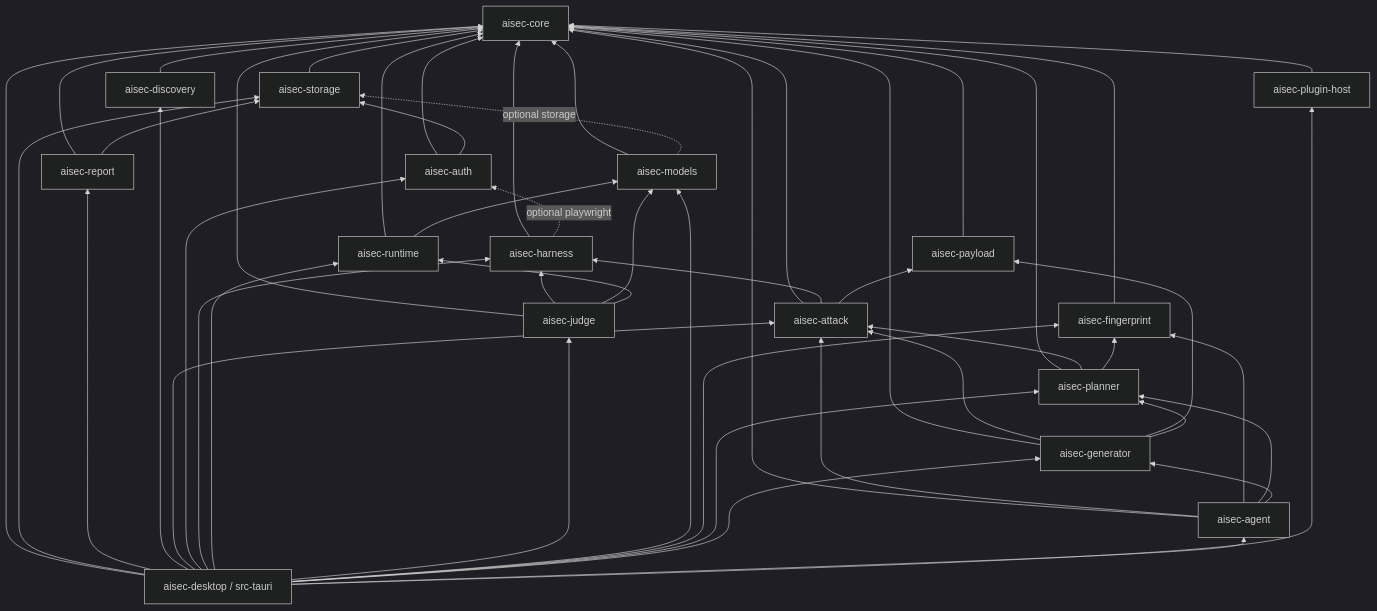
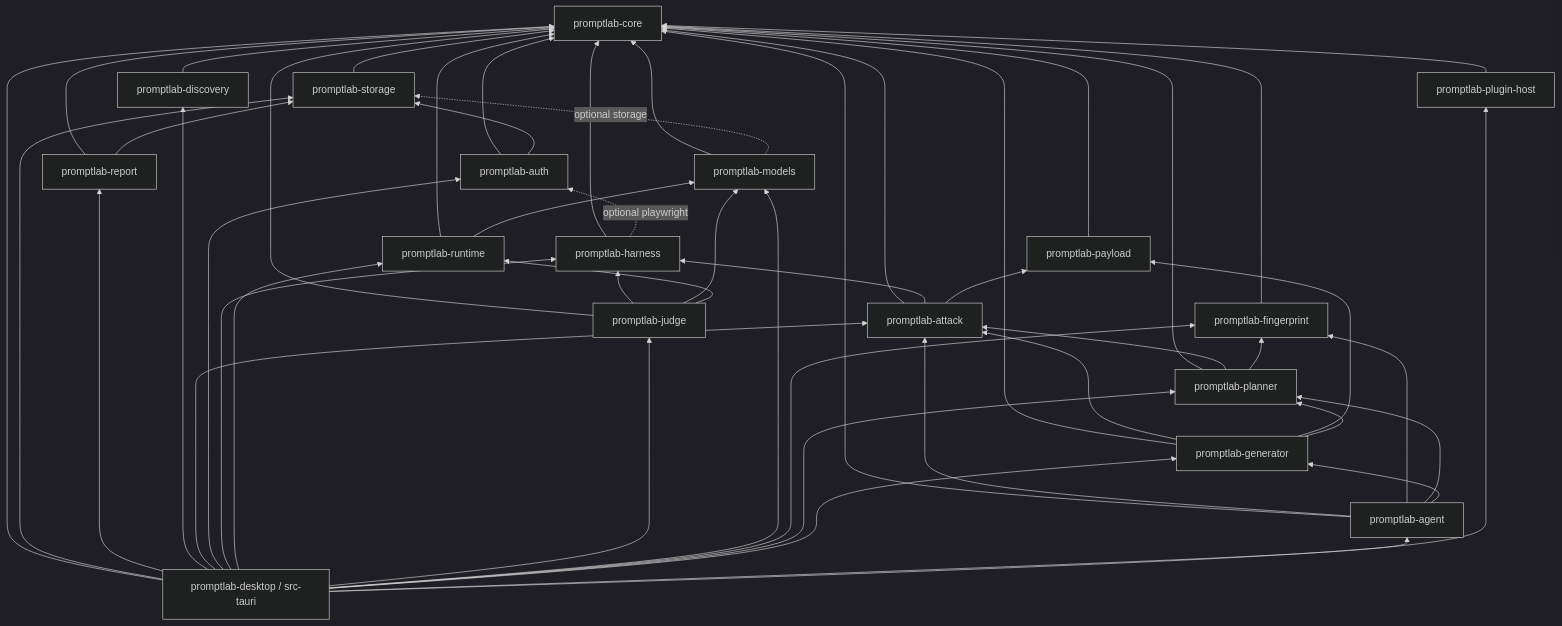
One commit to YangYang-Research/yang-promptlab changed the fourth of 4 diagrams in docs/AI_RUNTIME_ARCHITECTURE_AUDIT.md. Above: the diagram before and after it, drawn with Mermaid (dark theme). The commit also changed other lines of this file and 352 other files, not shown here.

First line of the commit message:
feat(promptlab): migrate from AISec to PromptLab framework

````diff
--- a/docs/AI_RUNTIME_ARCHITECTURE_AUDIT.md
+++ b/docs/AI_RUNTIME_ARCHITECTURE_AUDIT.md
@@ -1048,26 +1048,26 @@
 ```mermaid
 flowchart BT
-  Core[aisec-core]
+  Core[promptlab-core]
 
-  Storage[aisec-storage]
-  Payload[aisec-payload]
-  Fingerprint[aisec-fingerprint]
-  Discovery[aisec-discovery]
-  Report[aisec-report]
-  PluginHost[aisec-plugin-host]
-  Auth[aisec-auth]
+  Storage[promptlab-storage]
+  Payload[promptlab-payload]
+  Fingerprint[promptlab-fingerprint]
+  Discovery[promptlab-discovery]
+  Report[promptlab-report]
+  PluginHost[promptlab-plugin-host]
+  Auth[promptlab-auth]
 
-  Harness[aisec-harness]
-  Models[aisec-models]
-  Runtime[aisec-runtime]
+  Harness[promptlab-harness]
+  Models[promptlab-models]
+  Runtime[promptlab-runtime]
 
-  Attack[aisec-attack]
-  Planner[aisec-planner]
-  Generator[aisec-generator]
-  Judge[aisec-judge]
-  Agent[aisec-agent]
+  Attack[promptlab-attack]
+  Planner[promptlab-planner]
+  Generator[promptlab-generator]
+  Judge[promptlab-judge]
+  Agent[promptlab-agent]
 
-  Desktop[aisec-desktop / src-tauri]
+  Desktop[promptlab-desktop / src-tauri]
 
   Storage --> Core
   Payload --> Core
````
